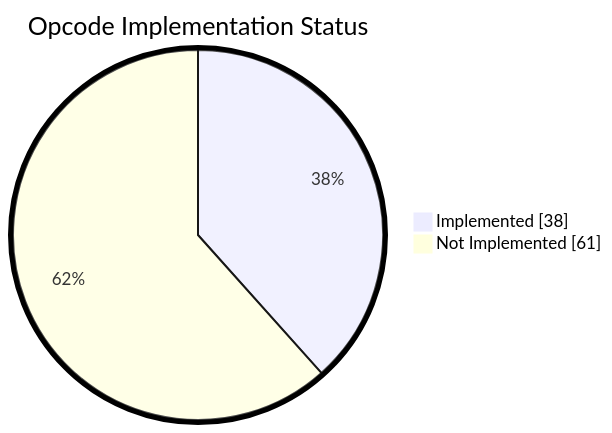
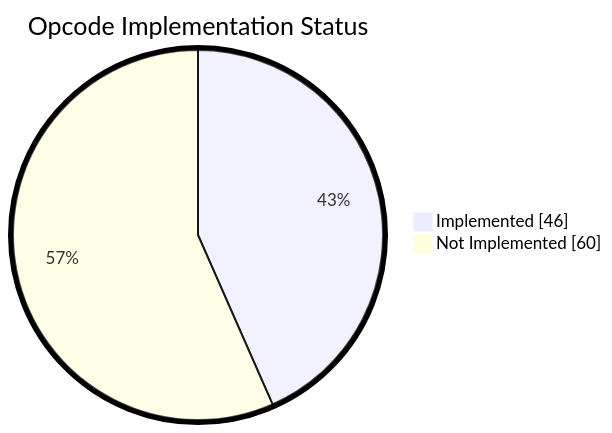
Before and after one commit to keep-starknet-strange/shinigami: the diagram in README.md, drawn with Mermaid. The commit also changed other lines of this file and 1 other file, not shown here.

````diff
--- a/README.md
+++ b/README.md
@@ -54,7 +54,7 @@
 ```mermaid
 %%{init: {"pie": {"textPosition": 0.75}, "themeVariables": {"pieOuterStrokeWidth": "5px"}} }%%
 pie showData
     title Opcode Implementation Status
-    "Implemented" : 38
-    "Not Implemented" : 61
+    "Implemented" : 46
+    "Not Implemented" : 60
 ```
````
